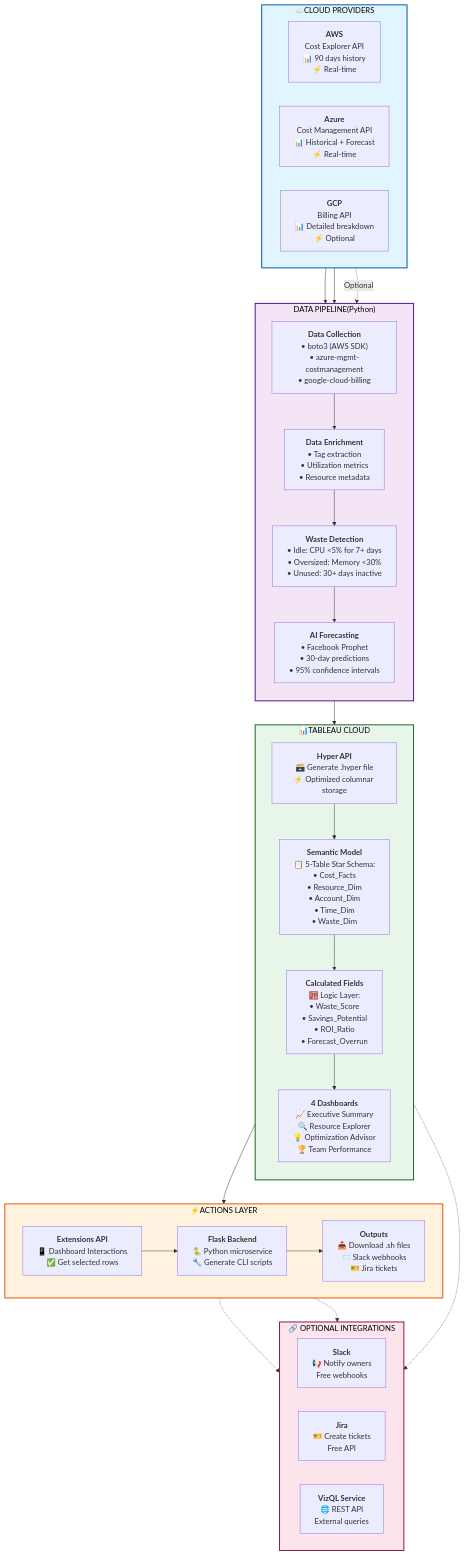
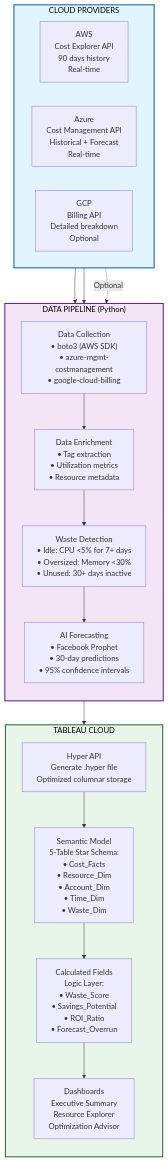
The first of 3 diagrams in README.md (SuchithraChandrasekaran/cloudcost-tracker), drawn with Mermaid before and after one commit. The commit also changed other lines of this file, not shown here.

````diff
--- a/README.md
+++ b/README.md
@@ -95,72 +53,46 @@
 ```mermaid
 flowchart TB
-    subgraph cloud ["☁️CLOUD PROVIDERS"]
+    subgraph cloud ["CLOUD PROVIDERS"]
         direction LR
-        aws["<b>AWS</b><br/>Cost Explorer API<br/>📊 90 days history<br/>⚡ Real-time"]
-        azure["<b>Azure</b><br/>Cost Management API<br/>📊 Historical + Forecast<br/>⚡ Real-time"]
-        gcp["<b>GCP</b><br/>Billing API<br/>📊 Detailed breakdown<br/>⚡ Optional"]
+        aws["AWS<br/>Cost Explorer API<br/>90 days history<br/>Real-time"]
+        azure["Azure<br/>Cost Management API<br/>Historical + Forecast<br/>Real-time"]
+        gcp["GCP<br/>Billing API<br/>Detailed breakdown<br/>Optional"]
     end
 
-    subgraph pipeline ["DATA PIPELINE(Python)"]
+    subgraph pipeline ["DATA PIPELINE (Python)"]
         direction TB
-        collect["<b>Data Collection</b><br/>• boto3 (AWS SDK)<br/>• azure-mgmt-costmanagement<br/>• google-cloud-billing"]
-        enrich["<b>Data Enrichment</b><br/>• Tag extraction<br/>• Utilization metrics<br/>• Resource metadata"]
-        waste["<b>Waste Detection</b><br/>• Idle: CPU <5% for 7+ days<br/>• Oversized: Memory <30%<br/>• Unused: 30+ days inactive"]
-        forecast["<b>AI Forecasting</b><br/>• Facebook Prophet<br/>• 30-day predictions<br/>• 95% confidence intervals"]
+        collect["Data Collection<br/>• boto3 (AWS SDK)<br/>• azure-mgmt-costmanagement<br/>• google-cloud-billing"]
+        enrich["Data Enrichment<br/>• Tag extraction<br/>• Utilization metrics<br/>• Resource metadata"]
+        waste["Waste Detection<br/>• Idle: CPU <5% for 7+ days<br/>• Oversized: Memory <30%<br/>• Unused: 30+ days inactive"]
+        forecast["AI Forecasting<br/>• Facebook Prophet<br/>• 30-day predictions<br/>• 95% confidence intervals"]
     end
 
-    subgraph tableau ["📊TABLEAU CLOUD"]
+    subgraph tableau ["TABLEAU CLOUD"]
         direction TB
-        hyper["<b>Hyper API</b><br/>🗃️ Generate .hyper file<br/>⚡ Optimized columnar storage"]
-        schema["<b>Semantic Model</b><br/>📋 5-Table Star Schema:<br/>• Cost_Facts<br/>• Resource_Dim<br/>• Account_Dim<br/>• Time_Dim<br/>• Waste_Dim"]
-        calcs["<b>Calculated Fields</b><br/>🧮 Logic Layer:<br/>• Waste_Score<br/>• Savings_Potential<br/>• ROI_Ratio<br/>• Forecast_Overrun"]
-        viz["<b>4 Dashboards</b><br/>📈 Executive Summary<br/>🔍 Resource Explorer<br/>💡 Optimization Advisor<br/>🏆 Team Performance"]
-    end
-
-    subgraph actions ["⚡ACTIONS LAYER"]
-        direction LR
-        ext["<b>Extensions API</b><br/>📱 Dashboard Interactions<br/>✅ Get selected rows"]
-        flask["<b>Flask Backend</b><br/>🐍 Python microservice<br/>🔧 Generate CLI scripts"]
-        outputs["<b>Outputs</b><br/>📥 Download .sh files<br/>📨 Slack webhooks<br/>🎫 Jira tickets"]
-    end
-
-    subgraph integrations ["🔗 OPTIONAL INTEGRATIONS"]
-        direction LR
-        slack["<b>Slack</b><br/>📢 Notify owners<br/>Free webhooks"]
-        jira["<b>Jira</b><br/>🎫 Create tickets<br/>Free API"]
-        vizql["<b>VizQL Service</b><br/>🌐 REST API<br/>External queries"]
+        hyper["Hyper API<br/>Generate .hyper file<br/>Optimized columnar storage"]
+        schema["Semantic Model<br/>5-Table Star Schema:<br/>• Cost_Facts<br/>• Resource_Dim<br/>• Account_Dim<br/>• Time_Dim<br/>• Waste_Dim"]
+        calcs["Calculated Fields<br/>Logic Layer:<br/>• Waste_Score<br/>• Savings_Potential<br/>• ROI_Ratio<br/>• Forecast_Overrun"]
+        viz["Dashboards<br/>Executive Summary<br/>Resource Explorer<br/>Optimization Advisor"]
     end
 
     aws --> collect
     azure --> collect
     gcp -.->|Optional| collect
     
     collect --> enrich
     enrich --> waste
     waste --> forecast
     forecast --> hyper
     
     hyper --> schema
     schema --> calcs
     calcs --> viz
-    
-    viz --> ext
-    ext --> flask
-    flask --> outputs
-    
-    outputs -.-> slack
-    outputs -.-> jira
-    viz -.-> vizql
 
     classDef cloudStyle fill:#e1f5fe,stroke:#01579b,stroke-width:2px,color:#000
     classDef pipelineStyle fill:#f3e5f5,stroke:#4a148c,stroke-width:2px,color:#000
     classDef tableauStyle fill:#e8f5e9,stroke:#1b5e20,stroke-width:2px,color:#000
-    classDef actionsStyle fill:#fff3e0,stroke:#e65100,stroke-width:2px,color:#000
-    classDef integrationsStyle fill:#fce4ec,stroke:#880e4f,stroke-width:2px,color:#000
 
     class cloud cloudStyle
     class pipeline pipelineStyle
     class tableau tableauStyle
-    class actions actionsStyle
-    class integrations integrationsStyle
 ```
````
